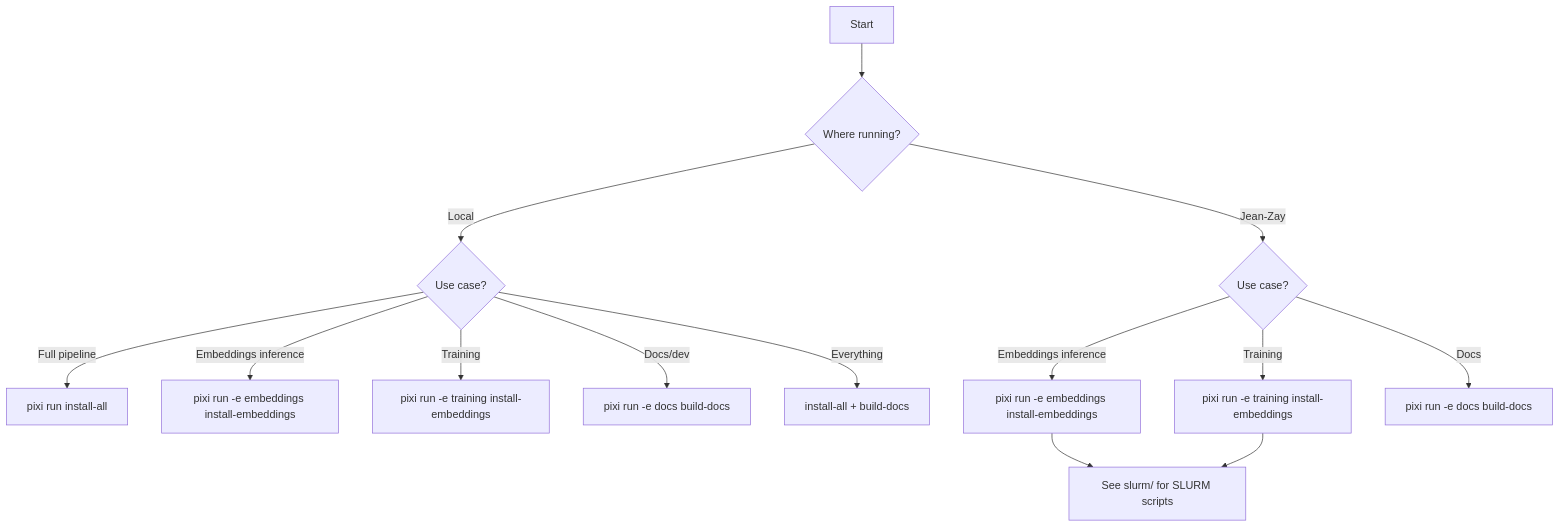
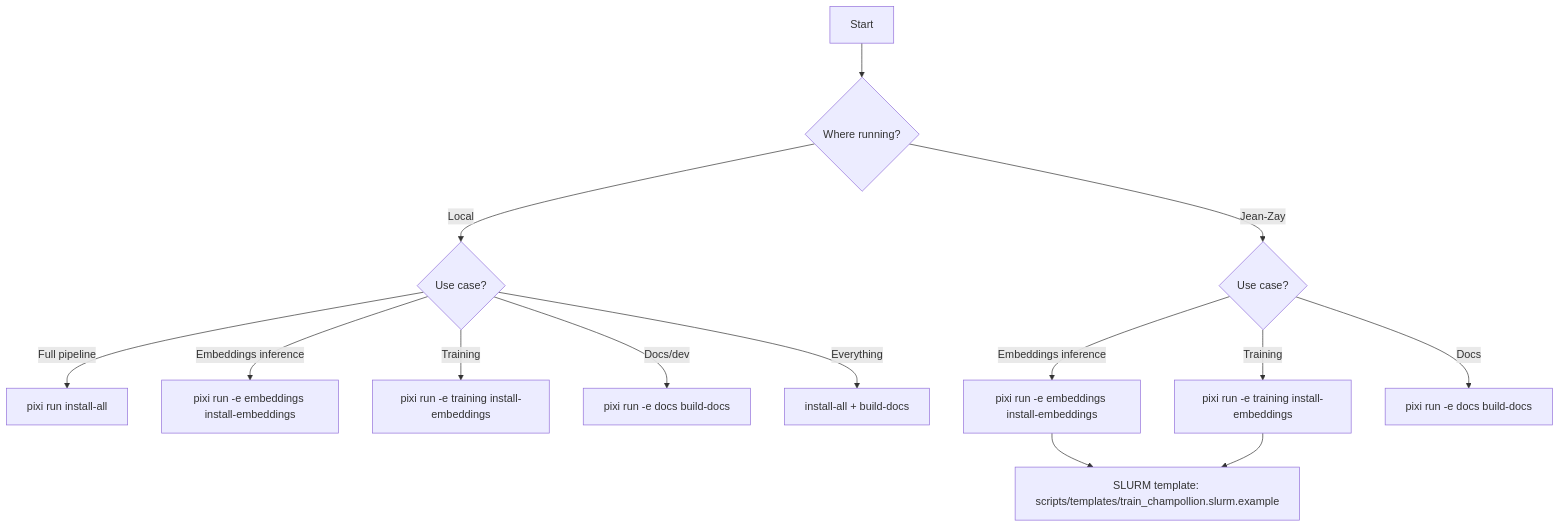
One commit to neurospin/champollion_pipeline changed the diagram in docs/setup.md. Above: the diagram before and after it, drawn with Mermaid. The commit also changed 3 other files, not shown here.

First line of the commit message:
Add SLURM training template and point setup docs to it

````diff
--- a/docs/setup.md
+++ b/docs/setup.md
@@ -11,16 +11,16 @@
 ```mermaid
 flowchart TD
     A[Start] --> B{Where running?}
     B -->|Local| C{Use case?}
     B -->|Jean-Zay| JZ{Use case?}
     C -->|Full pipeline| E["pixi run install-all"]
     C -->|Embeddings inference| F["pixi run -e embeddings install-embeddings"]
     C -->|Training| T["pixi run -e training install-embeddings"]
     C -->|Docs/dev| G["pixi run -e docs build-docs"]
     C -->|Everything| H["install-all + build-docs"]
     JZ -->|Embeddings inference| JZE["pixi run -e embeddings install-embeddings"]
     JZ -->|Training| JZT["pixi run -e training install-embeddings"]
     JZ -->|Docs| JZD["pixi run -e docs build-docs"]
-    JZE --> I[See slurm/ for SLURM scripts]
+    JZE --> I["SLURM template: scripts/templates/train_champollion.slurm.example"]
     JZT --> I
 ```
````
